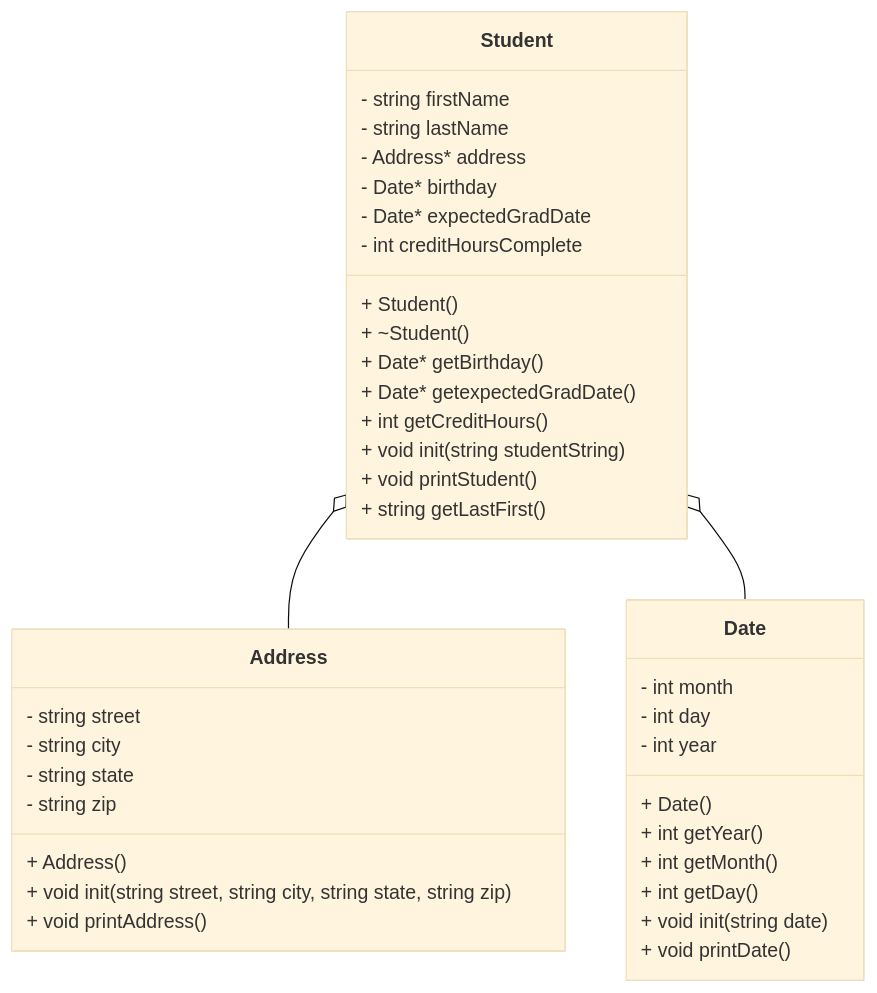
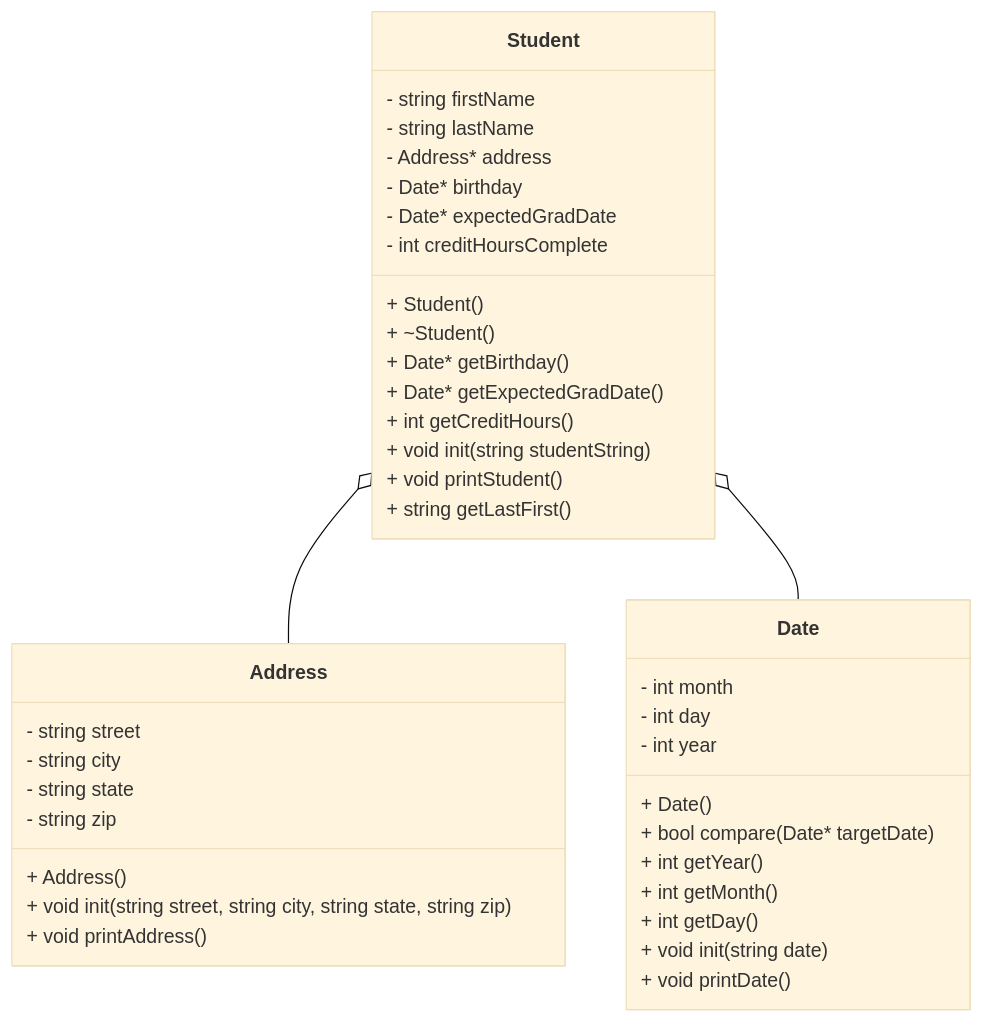
One commit to Lord-Raymik/CS121_Lab6 changed the diagram in studentHeap/README.md. Above: the diagram before and after it, drawn with Mermaid (base theme). The commit also changed 6 other files, not shown here.

````diff
--- a/studentHeap/README.md
+++ b/studentHeap/README.md
@@ -3,49 +3,50 @@
 ```mermaid
 classDiagram
 
     class Address {    
         - string street
         - string city
         - string state
         - string zip
 
         + Address()
         + void init(string street, string city, string state, string zip)
         + void printAddress()
     }
 
     class Date {
         - int month
         - int day
         - int year
 
         + Date()
+        + bool compare(Date* targetDate)
         + int getYear()
         + int getMonth()
         + int getDay()
         + void init(string date)
         + void printDate()
     }
 
     class Student {
         - string firstName
         - string lastName
         - Address* address
         - Date* birthday
         - Date* expectedGradDate
         - int creditHoursComplete
 
         + Student()
         + ~Student()
         + Date* getBirthday()
-        + Date* getexpectedGradDate()
+        + Date* getExpectedGradDate()
         + int getCreditHours()
         + void init(string studentString)
         + void printStudent()
         + string getLastFirst() 
     }
 
     Student o-- Address
     Student o-- Date
 
 ```
````
